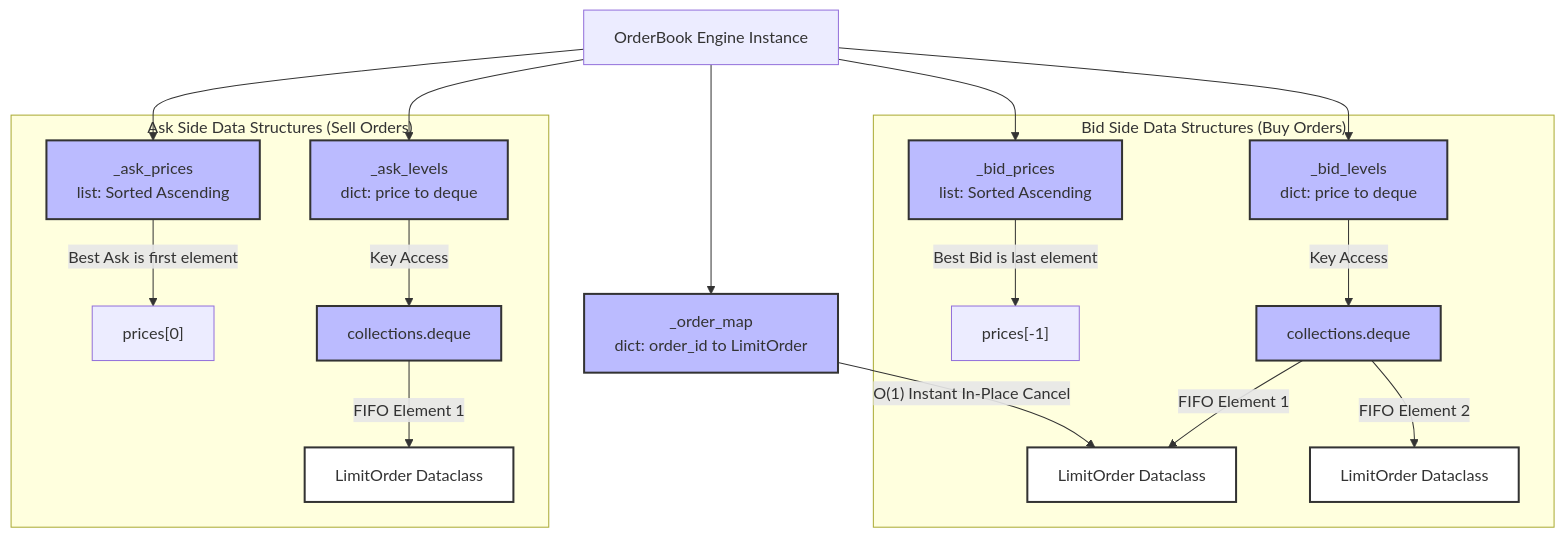
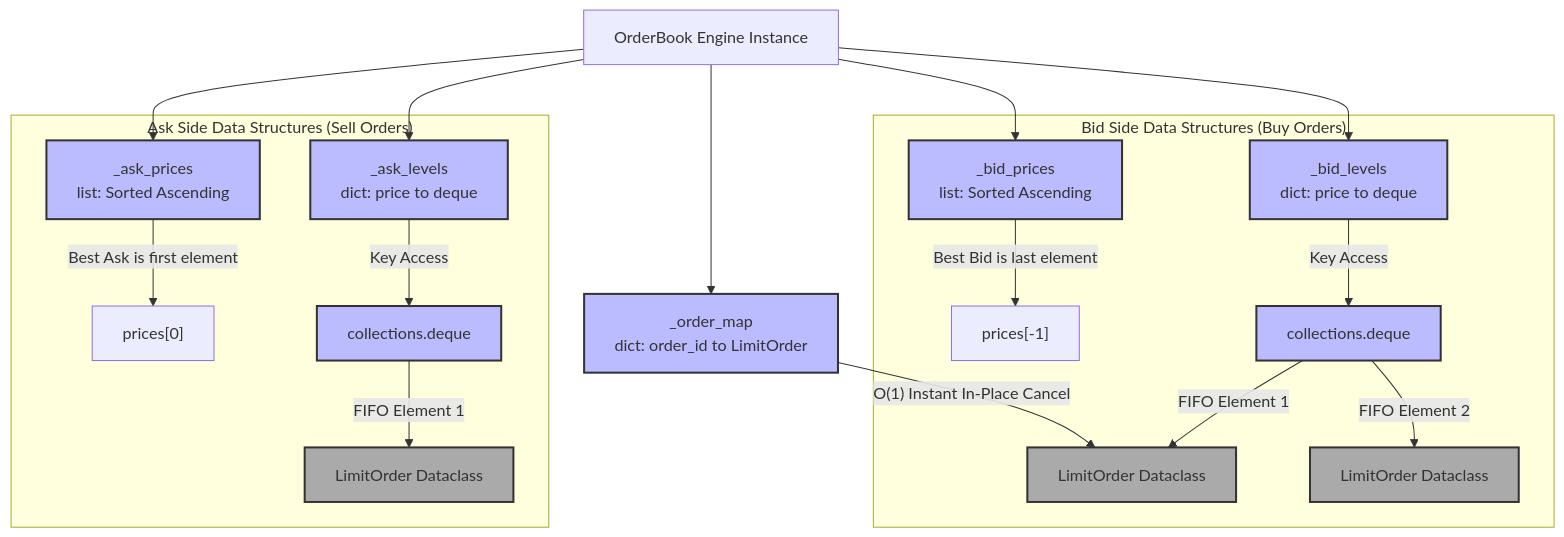
One commit to MFarooq07/lob-matching-engine changed the diagram in README.md. Above: the diagram before and after it, drawn with Mermaid.

````diff
--- a/README.md
+++ b/README.md
@@ -4,40 +4,40 @@
 ```mermaid
 flowchart TD
     %% Style Formats
     classDef mapStyle fill:#bbf,stroke:#333,stroke-width:2px;
     classDef listStyle fill:#bbf,stroke:#333,stroke-width:2px;
     classDef queueStyle fill:#bbf,stroke:#333,stroke-width:2px;
-    classDef modelStyle fill:#fff,stroke:#333,stroke-width:2px;
+    classDef modelStyle fill:#aaa,stroke:#333,stroke-width:2px;
 
     %% Base Structural Framework
     OrderBook[OrderBook Engine Instance] --> orderMap
     OrderBook --> bidPrices
     OrderBook --> bidLevels
     OrderBook --> askPrices
     OrderBook --> askLevels
 
     %% Core Map Lookup Index
     orderMap["_order_map<br>dict: order_id to LimitOrder"]:::mapStyle
     orderMap -->|"O(1) Instant In-Place Cancel"| loResting1
 
     %% Bid Side Data Configurations
     subgraph bid_side ["Bid Side Data Structures (Buy Orders)"]
         bidPrices["_bid_prices<br>list: Sorted Ascending"]:::listStyle
         bidLevels["_bid_levels<br>dict: price to deque"]:::mapStyle
         
         bidPrices -->|"Best Bid is last element"| bestBid["prices[-1]"]
         bidLevels -->|"Key Access"| bidDeque["collections.deque"]:::queueStyle
         bidDeque -->|"FIFO Element 1"| loResting1["LimitOrder Dataclass"]:::modelStyle
         bidDeque -->|"FIFO Element 2"| loResting2["LimitOrder Dataclass"]:::modelStyle
     end
 
     %% Ask Side Data Configurations
     subgraph ask_side ["Ask Side Data Structures (Sell Orders)"]
         askPrices["_ask_prices<br>list: Sorted Ascending"]:::listStyle
         askLevels["_ask_levels<br>dict: price to deque"]:::mapStyle
         
         askPrices -->|"Best Ask is first element"| bestAsk["prices[0]"]
         askLevels -->|"Key Access"| askDeque["collections.deque"]:::queueStyle
         askDeque -->|"FIFO Element 1"| loResting3["LimitOrder Dataclass"]:::modelStyle
     end
 ```
````
